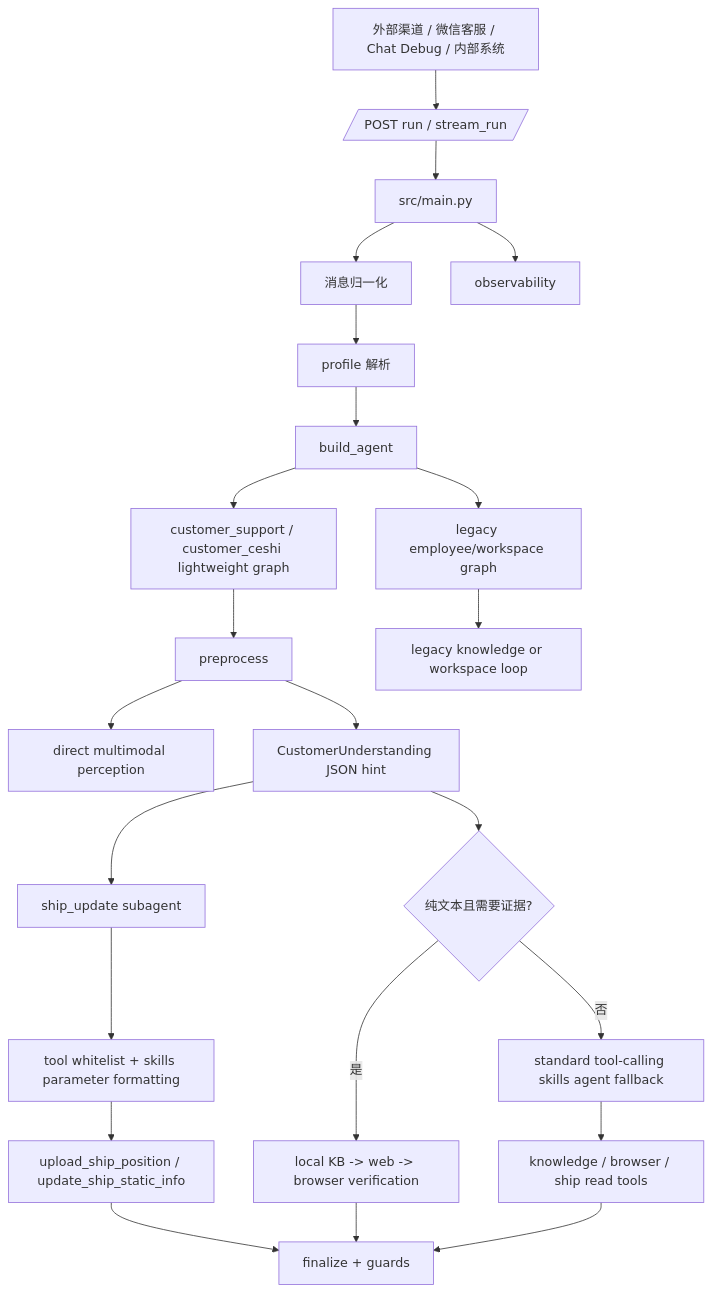
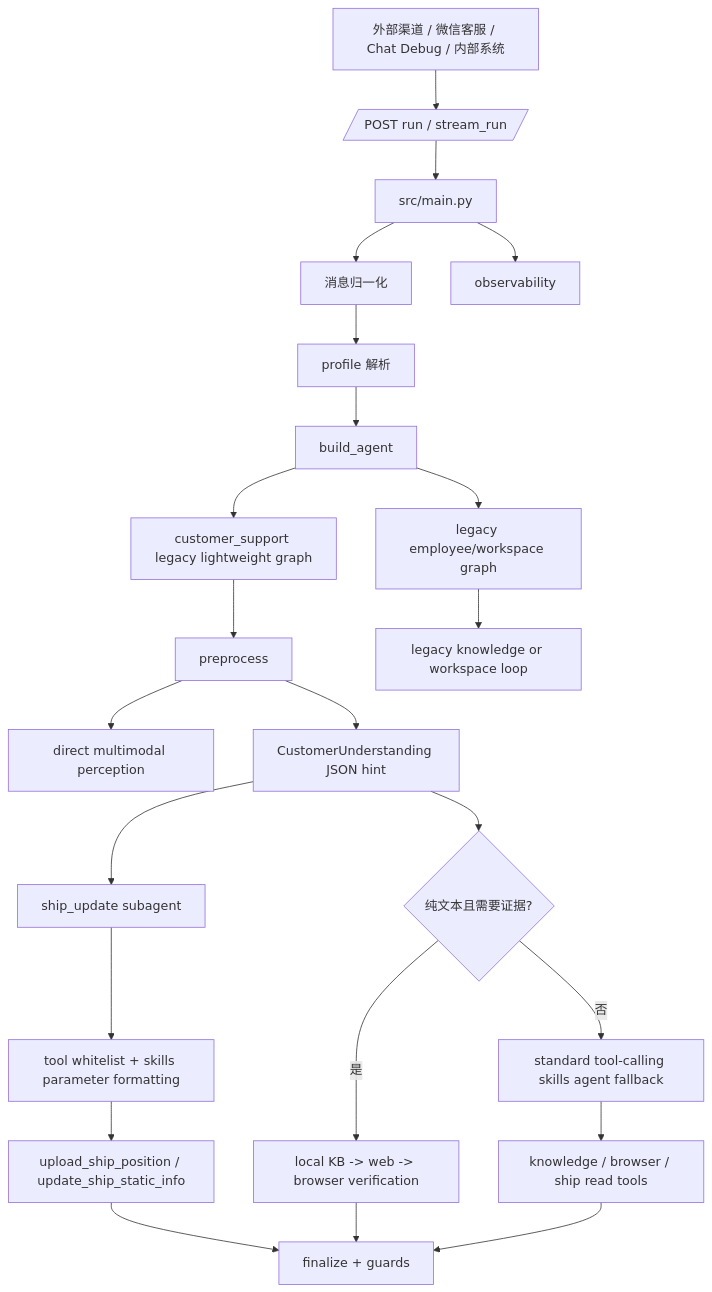
Before and after one commit to lr12338/hifleet-agent: the first of 3 diagrams in docs/AGENT_TECHNICAL_DOCUMENTATION.md, drawn with Mermaid. The commit also changed other lines of this file and 7 other files, not shown here.

````diff
--- a/docs/AGENT_TECHNICAL_DOCUMENTATION.md
+++ b/docs/AGENT_TECHNICAL_DOCUMENTATION.md
@@ -12,25 +20,25 @@
 ```mermaid
 flowchart TD
     Caller[外部渠道 / 微信客服 / Chat Debug / 内部系统] --> API[/POST run / stream_run/]
     API --> Main[src/main.py]
     Main --> Normalize[消息归一化]
     Normalize --> Profile[profile 解析]
     Profile --> Build[build_agent]
-    Build --> CS[customer_support / customer_ceshi lightweight graph]
+    Build --> CS[customer_support legacy lightweight graph]
     CS --> Pre[preprocess]
     Pre --> Perception[direct multimodal perception]
     Pre --> Understanding[CustomerUnderstanding JSON hint]
     Understanding --> ShipUpdate[ship_update subagent]
     ShipUpdate --> WriteBoundary[tool whitelist + skills parameter formatting]
     WriteBoundary --> WriteTools[upload_ship_position / update_ship_static_info]
     Understanding --> Knowledge{纯文本且需要证据?}
     Knowledge -->|是| KnowledgeChain[local KB -> web -> browser verification]
     Knowledge -->|否| Standard[standard tool-calling skills agent fallback]
     Standard --> ReadTools[knowledge / browser / ship read tools]
     Build --> EMP[legacy employee/workspace graph]
     EMP --> EmployeeLoop[legacy knowledge or workspace loop]
     WriteTools --> Finalize[finalize + guards]
     KnowledgeChain --> Finalize
     ReadTools --> Finalize
     Main --> Obs[observability]
 ```
````
